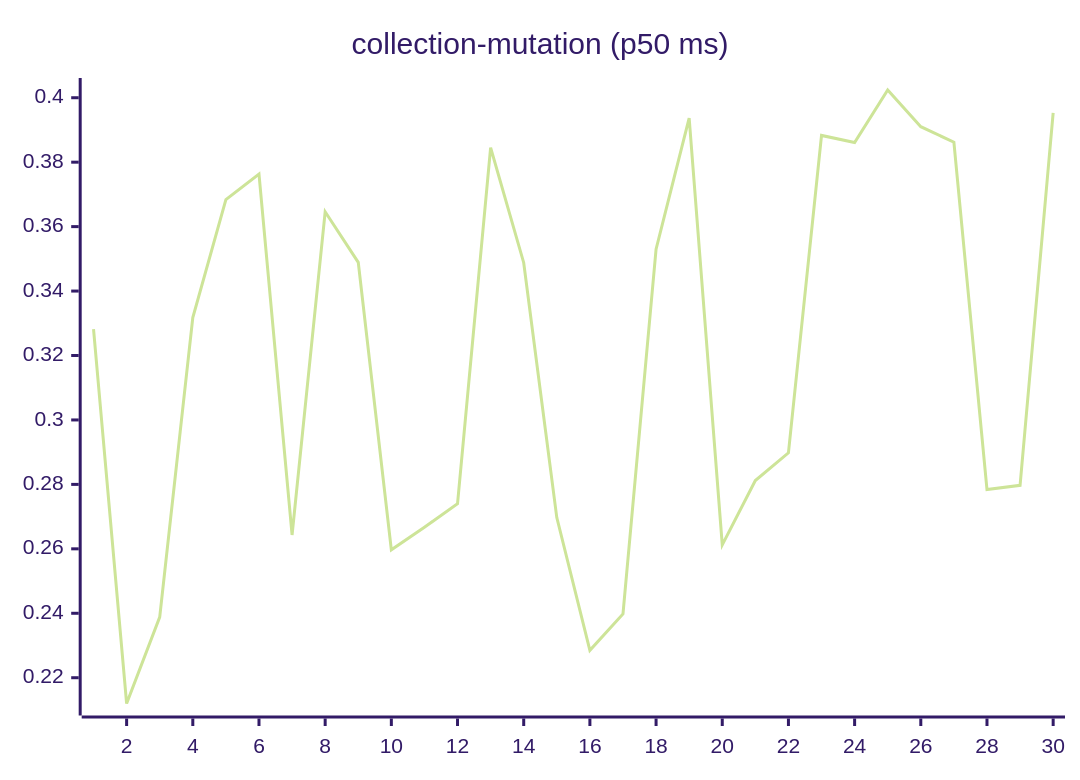
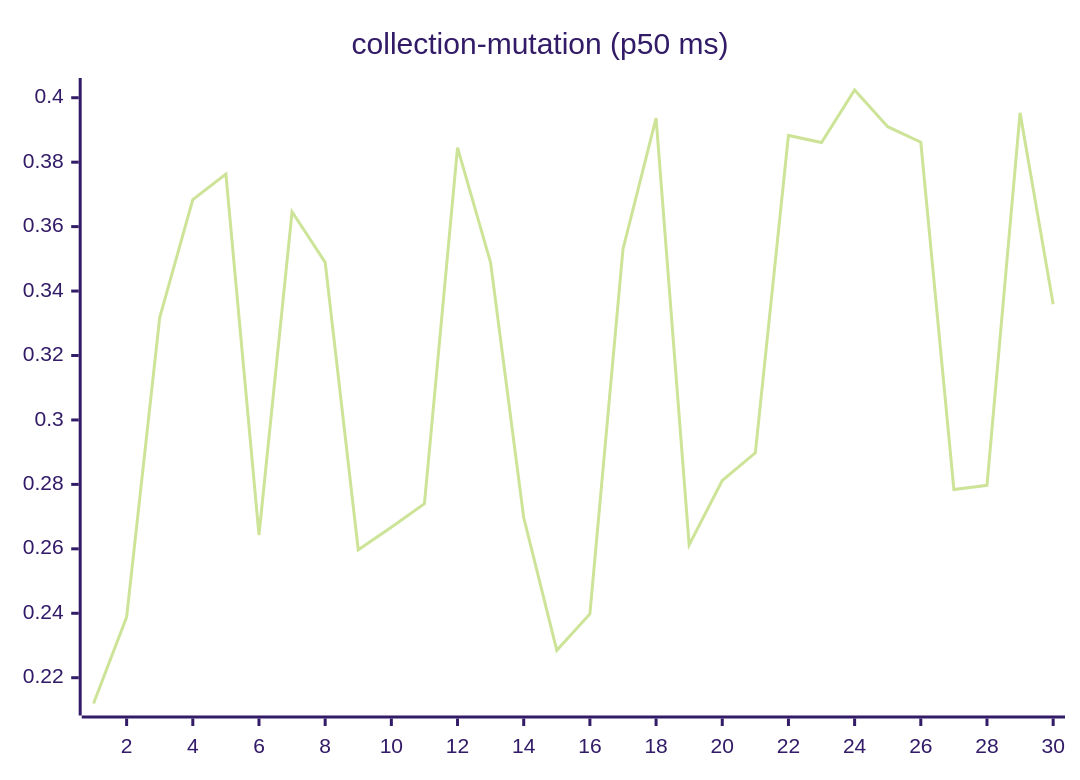
Before and after one commit to josha/Facet: the sixth of 27 diagrams in README.md, drawn with Mermaid (forest theme). The commit also changed other lines of this file and 2 other files, not shown here.

````diff
--- a/README.md
+++ b/README.md
@@ -98,6 +98,6 @@
 ```mermaid
 xychart-beta
     title "collection-mutation (p50 ms)"
     x-axis 1 --> 30
-    line [0.3282, 0.2120, 0.2388, 0.3318, 0.3684, 0.3763, 0.2643, 0.3646, 0.3489, 0.2597, 0.2667, 0.2740, 0.3845, 0.3488, 0.2697, 0.2285, 0.2398, 0.3530, 0.3937, 0.2612, 0.2812, 0.2898, 0.3883, 0.3861, 0.4024, 0.3910, 0.3862, 0.2784, 0.2797, 0.3953]
+    line [0.2120, 0.2388, 0.3318, 0.3684, 0.3763, 0.2643, 0.3646, 0.3489, 0.2597, 0.2667, 0.2740, 0.3845, 0.3488, 0.2697, 0.2285, 0.2398, 0.3530, 0.3937, 0.2612, 0.2812, 0.2898, 0.3883, 0.3861, 0.4024, 0.3910, 0.3862, 0.2784, 0.2797, 0.3953, 0.3359]
 ```
````
